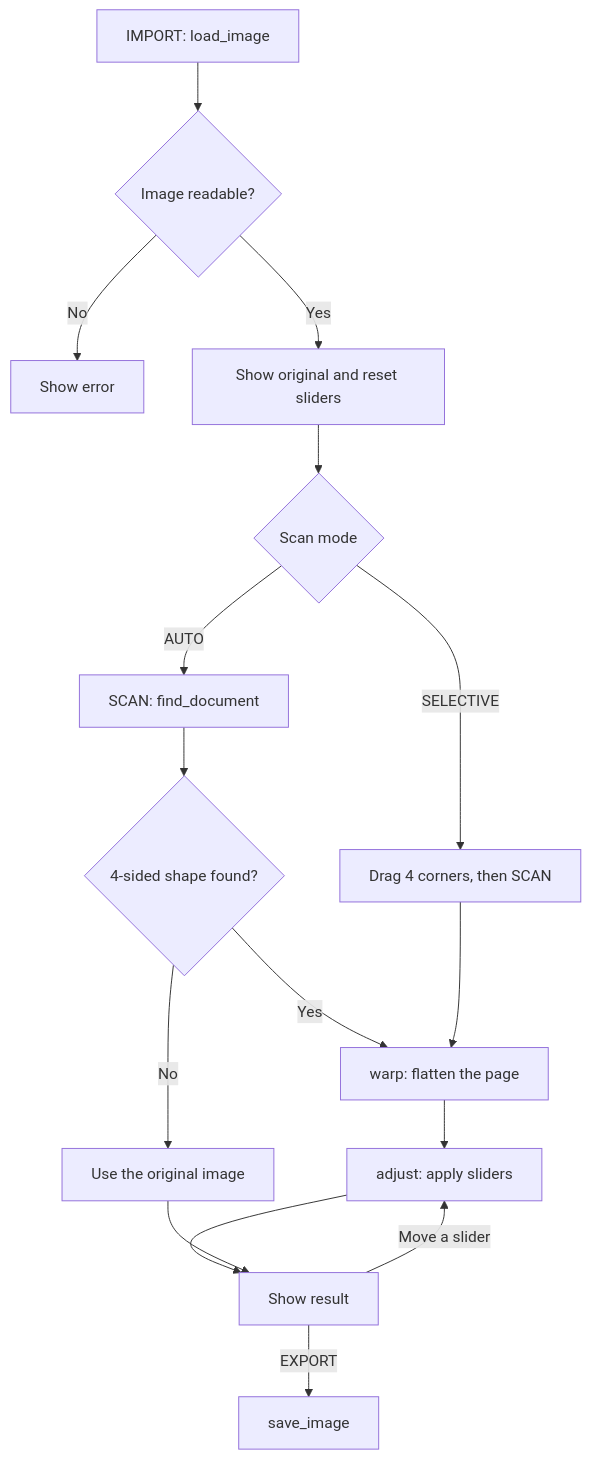
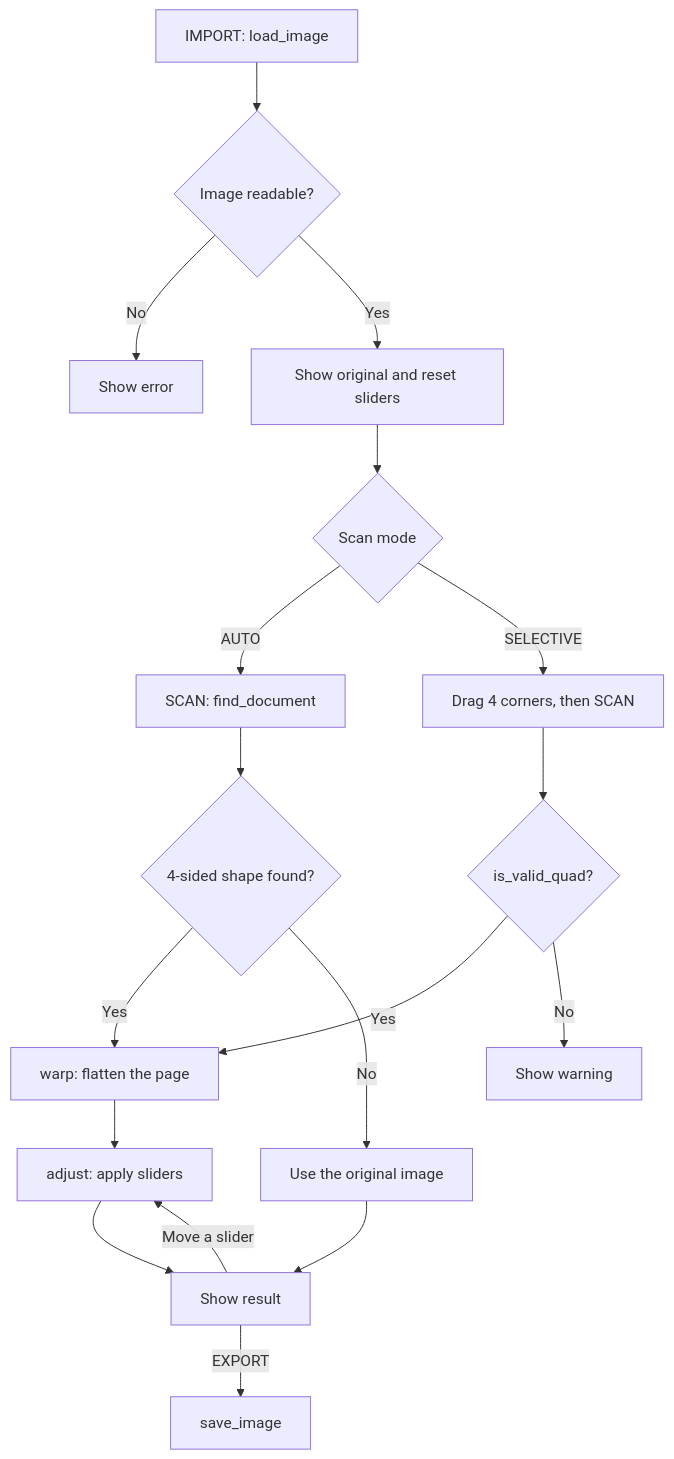
Before and after one commit to worapon-st/document-scanner: the diagram in readme.md, drawn with Mermaid. The commit also changed 3 other files, not shown here.

````diff
--- a/readme.md
+++ b/readme.md
@@ -43,21 +43,23 @@
 ```mermaid
 flowchart TD
     import["IMPORT: load_image"] --> readable{"Image readable?"}
     readable -- No --> error["Show error"]
     readable -- Yes --> show["Show original and reset sliders"]
     show --> mode{"Scan mode"}
 
     mode -- AUTO --> detect["SCAN: find_document"]
     detect --> found{"4-sided shape found?"}
     found -- Yes --> warp["warp: flatten the page"]
     found -- No --> fallback["Use the original image"]
 
     mode -- SELECTIVE --> corners["Drag 4 corners, then SCAN"]
-    corners --> warp
+    corners --> valid{"is_valid_quad?"}
+    valid -- Yes --> warp
+    valid -- No --> warning["Show warning"]
 
     warp --> adjust["adjust: apply sliders"]
     adjust --> result["Show result"]
     fallback --> result
     result -- Move a slider --> adjust
     result -- EXPORT --> save["save_image"]
 ```
````
